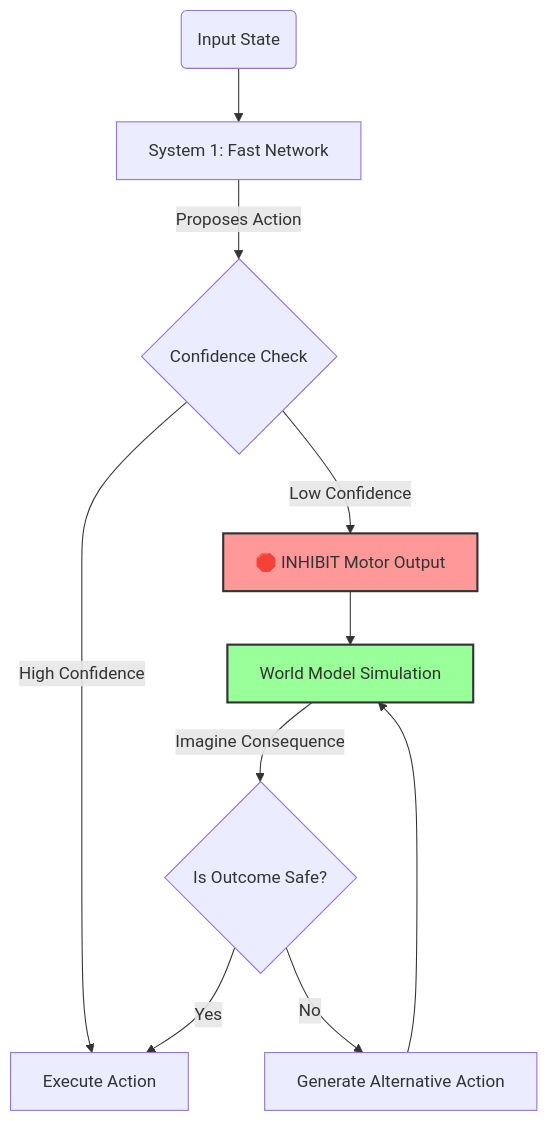
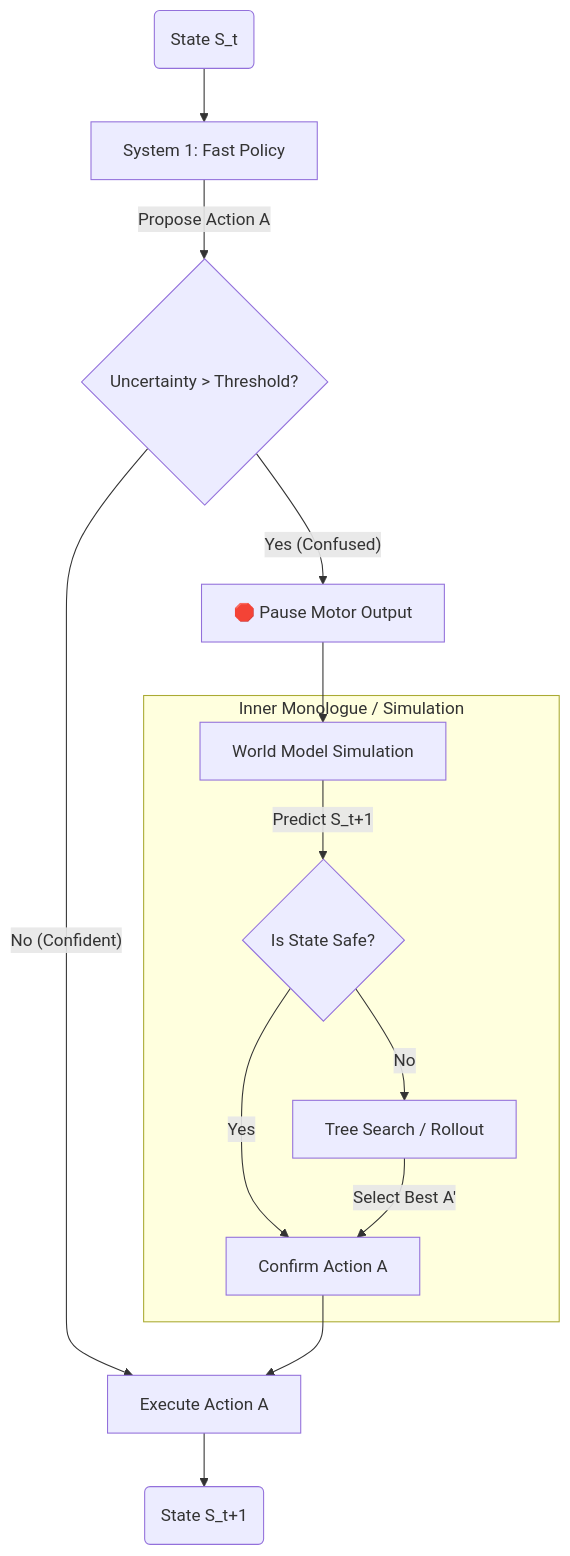
The second of 2 diagrams in README.md (JOJI-25/Thinking_AI), drawn with Mermaid before and after one commit. The commit also changed other lines of this file, not shown here.

````diff
--- a/README.md
+++ b/README.md
@@ -46,19 +58,22 @@
 ```mermaid
 flowchart TD
-    Start(Input State) --> FastSys[System 1: Fast Network]
-    FastSys -->|Proposes Action| Gate{Confidence Check}
+    Start(State S_t) --> FastNet[System 1: Fast Policy]
+    FastNet -->|Propose Action A| Check{Uncertainty > Threshold?}
     
-    Gate -- High Confidence --> Act[Execute Action]
+    %% Path 1: Reflexive Action
+    Check -- No (Confident) --> Execute[Execute Action A]
     
-    Gate -- Low Confidence --> Inhibit[🛑 INHIBIT Motor Output]
-    Inhibit --> Sim[World Model Simulation]
+    %% Path 2: Deliberative Action
+    Check -- Yes (Confused) --> Pause[🛑 Pause Motor Output]
+    Pause --> Sim[World Model Simulation]
     
-    Sim -->|Imagine Consequence| Val{Is Outcome Safe?}
+    subgraph "Inner Monologue / Simulation"
+    Sim -->|Predict S_t+1| Value{Is State Safe?}
+    Value -- Yes --> Confirm[Confirm Action A]
+    Value -- No --> Rollout[Tree Search / Rollout]
+    Rollout -->|Select Best A'| Confirm
+    end
     
-    Val -- Yes --> Act
-    Val -- No --> Replan[Generate Alternative Action]
-    Replan --> Sim
-    
-    style Inhibit fill:#ff9999,stroke:#333,stroke-width:2px
-    style Sim fill:#99ff99,stroke:#333,stroke-width:2px
+    Confirm --> Execute
+    Execute --> Next(State S_t+1)
 ```
````
